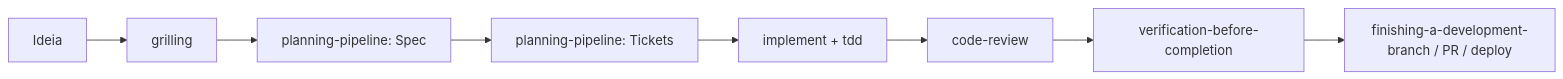
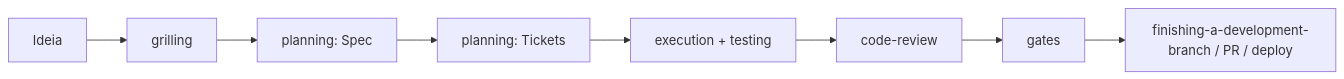
One commit to Leostruka/devin-bundle changed the second of 2 diagrams in README.md. Above: the diagram before and after it, drawn with Mermaid. The commit also changed other lines of this file and 262 other files, not shown here.

````diff
--- a/README.md
+++ b/README.md
@@ -220,10 +220,10 @@
 ```mermaid
 flowchart LR
     I[Ideia] --> G[grilling]
-    G --> P[planning-pipeline: Spec]
-    P --> Q[planning-pipeline: Tickets]
-    Q --> E[implement + tdd]
+    G --> P[planning: Spec]
+    P --> Q[planning: Tickets]
+    Q --> E[execution + testing]
     E --> C[code-review]
-    C --> V[verification-before-completion]
+    C --> V[gates]
     V --> F[finishing-a-development-branch / PR / deploy]
 ```
````
